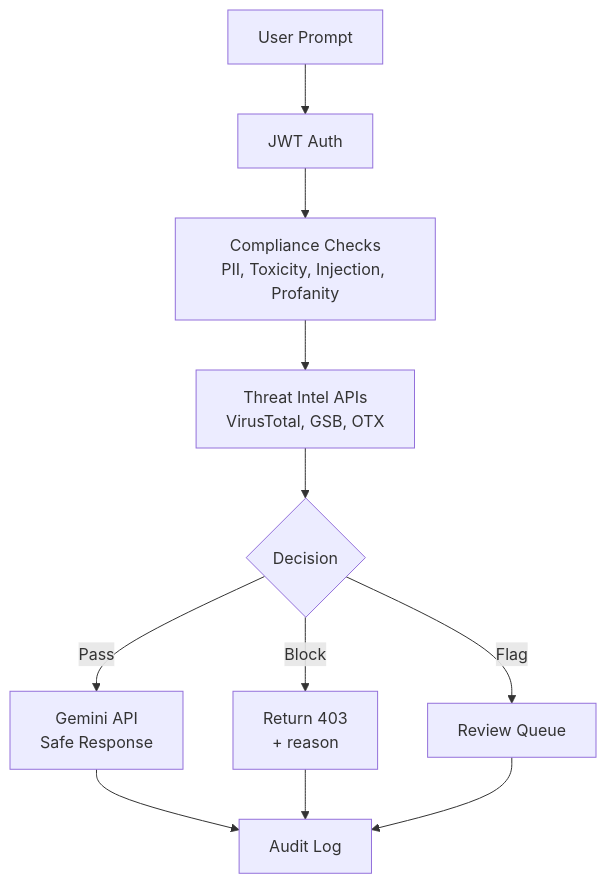
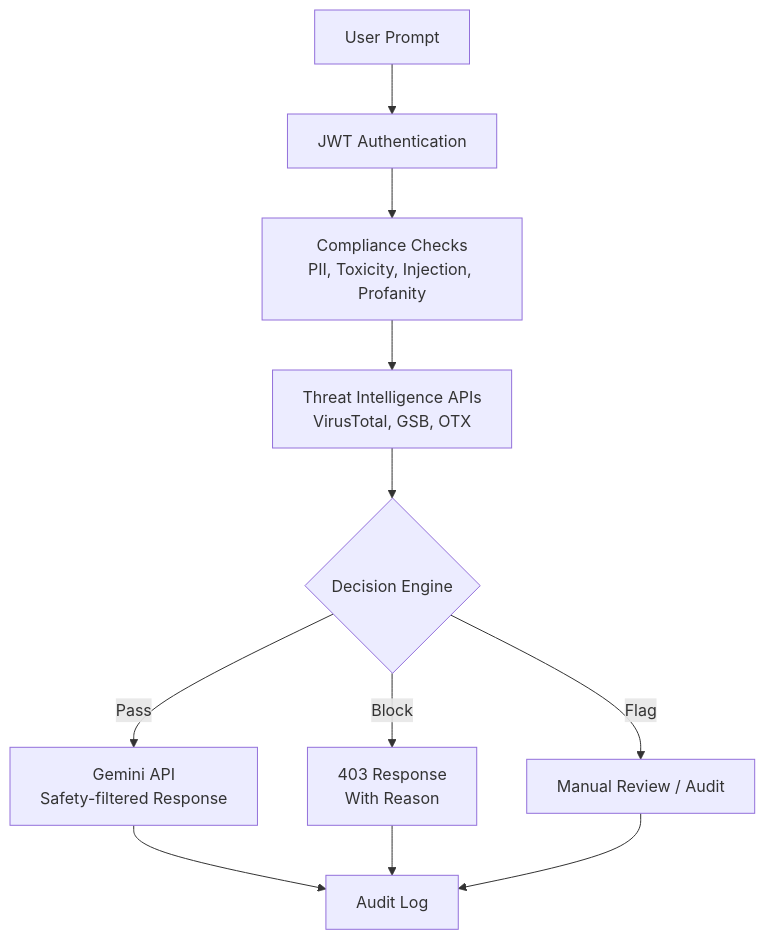
The first of 8 diagrams in docs/ARCHITECTURE.md (SabarishR08/llm-prompt-security-middleware), drawn with Mermaid before and after one commit. The commit also changed other lines of this file, not shown here.

````diff
--- a/docs/ARCHITECTURE.md
+++ b/docs/ARCHITECTURE.md
@@ -5,13 +9,13 @@
 ```mermaid
 flowchart TD
-       A[User Prompt] --> B[JWT Auth]
+       A[User Prompt] --> B[JWT Authentication]
        B --> C[Compliance Checks<br/>PII, Toxicity, Injection, Profanity]
-       C --> D[Threat Intel APIs<br/>VirusTotal, GSB, OTX]
-       D --> E{Decision}
-       E -->|Pass| F[Gemini API<br/>Safe Response]
-       E -->|Block| G[Return 403<br/>+ reason]
-       E -->|Flag| H[Review Queue]
+       C --> D[Threat Intelligence APIs<br/>VirusTotal, GSB, OTX]
+       D --> E{Decision Engine}
+       E -->|Pass| F[Gemini API<br/>Safety-filtered Response]
+       E -->|Block| G[403 Response<br/>With Reason]
+       E -->|Flag| H[Manual Review / Audit]
        F --> I[Audit Log]
        G --> I
        H --> I
 ```
````
